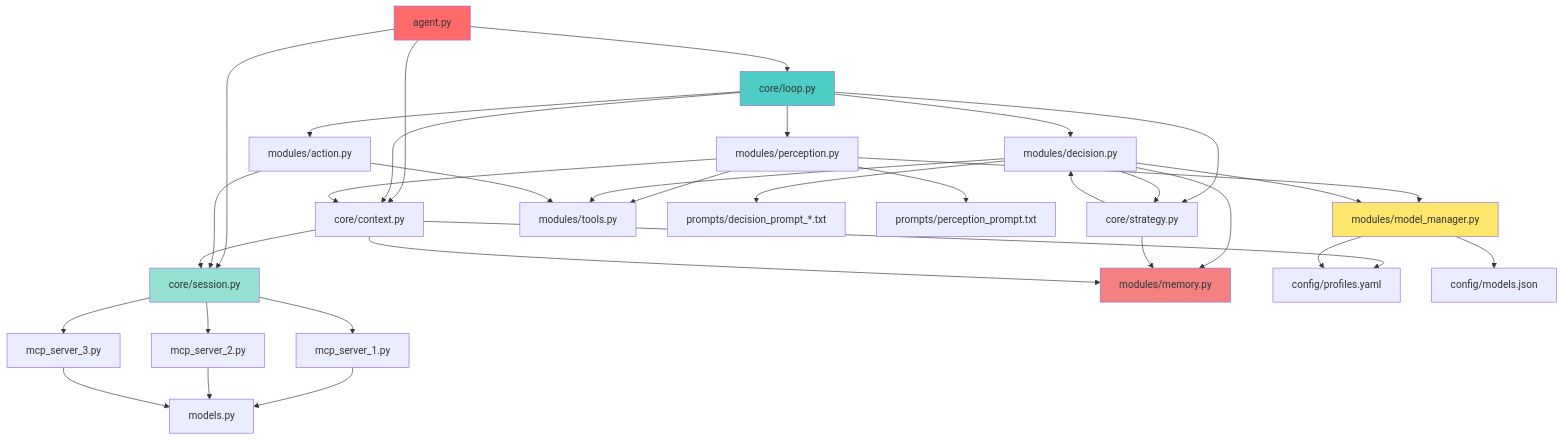
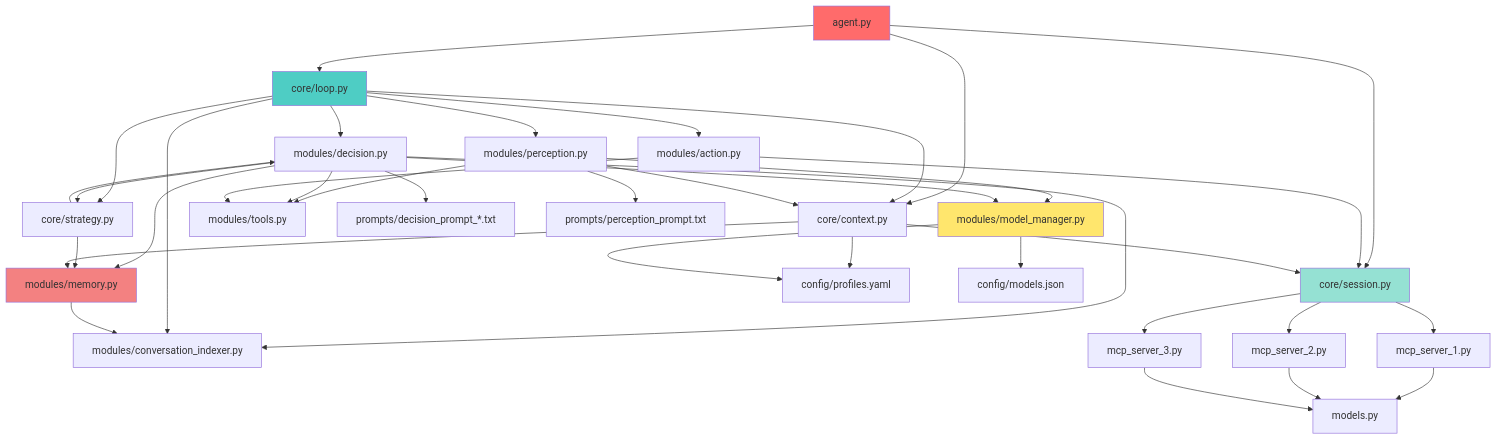
Before and after one commit to hsinghweb/eag-v2-s9: the tenth of 12 diagrams in Architecture.md, drawn with Mermaid. The commit also changed other lines of this file and 1 other file, not shown here.

````diff
--- a/Architecture.md
+++ b/Architecture.md
@@ -864,51 +979,55 @@
 ```mermaid
 graph TD
     agent[agent.py] --> loop[core/loop.py]
     agent --> session[core/session.py]
     agent --> context[core/context.py]
     
     loop --> perception[modules/perception.py]
     loop --> decision[modules/decision.py]
     loop --> action[modules/action.py]
     loop --> strategy[core/strategy.py]
     loop --> context
     
     perception --> model[modules/model_manager.py]
     perception --> tools[modules/tools.py]
     perception --> context
     
     decision --> model
     decision --> tools
     decision --> strategy
     decision --> memory[modules/memory.py]
+    decision --> indexer[modules/conversation_indexer.py]
     
     action --> session
     action --> tools
     
     strategy --> decision
     strategy --> memory
     
     context --> memory
     context --> session
     context --> profile[config/profiles.yaml]
     
     model --> models_config[config/models.json]
     model --> profile
     
     session --> mcp1[mcp_server_1.py]
     session --> mcp2[mcp_server_2.py]
     session --> mcp3[mcp_server_3.py]
     
     mcp1 --> models[models.py]
     mcp2 --> models
     mcp3 --> models
     
     decision --> prompts1[prompts/decision_prompt_*.txt]
     perception --> prompts2[prompts/perception_prompt.txt]
     
+    loop --> indexer
+    memory --> indexer
+    
     style agent fill:#ff6b6b
     style loop fill:#4ecdc4
     style model fill:#ffe66d
     style session fill:#95e1d3
     style memory fill:#f38181
 ```
````
